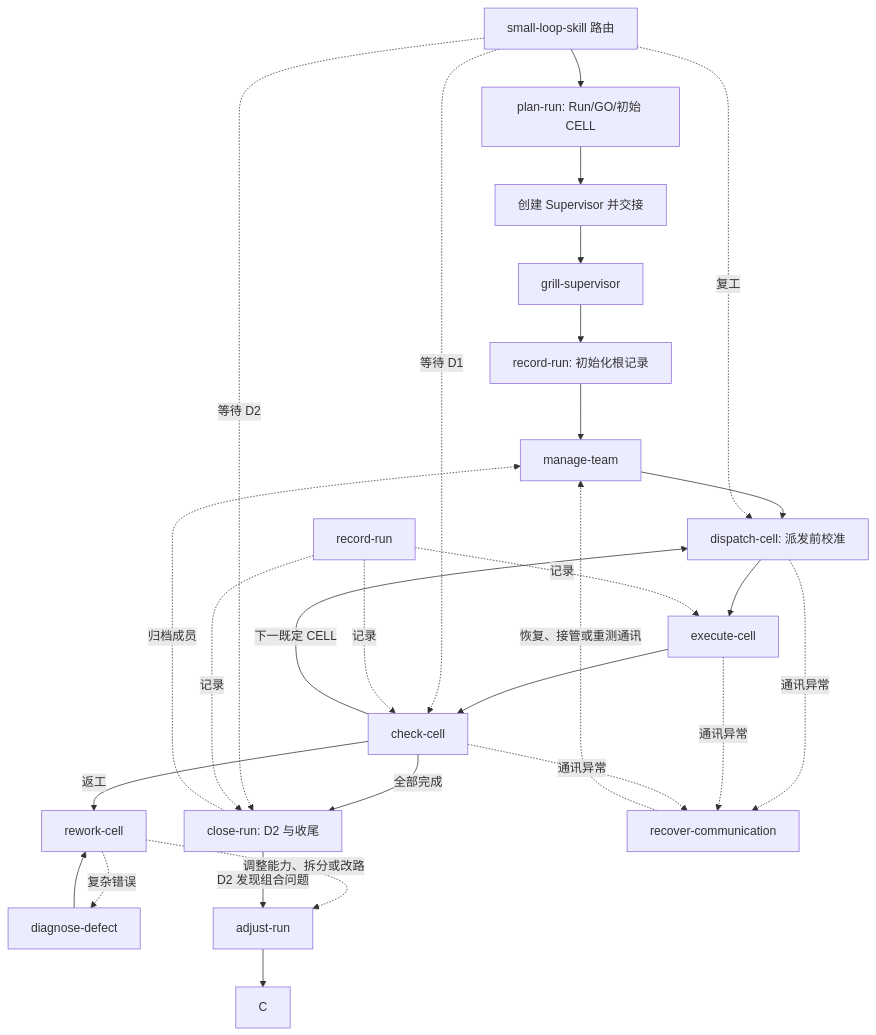
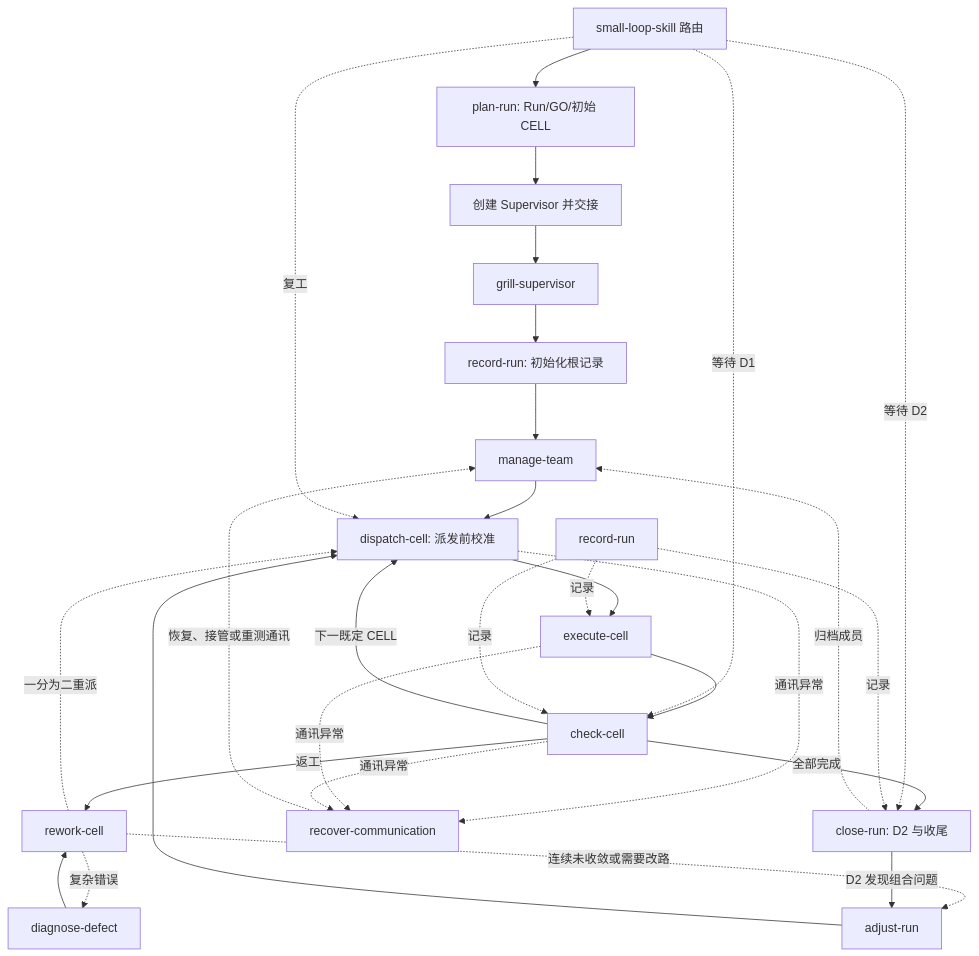
One commit to DWG7318/small-loop-skill changed the diagram in docs/superpowers/specs/2026-08-22-slk-lightweight-skill-collection-design.md. Above: the diagram before and after it, drawn with Mermaid. The commit also changed other lines of this file and 7 other files, not shown here.

````diff
--- a/docs/superpowers/specs/2026-08-22-slk-lightweight-skill-collection-design.md
+++ b/docs/superpowers/specs/2026-08-22-slk-lightweight-skill-collection-design.md
@@ -124,31 +124,32 @@
 ```mermaid
 flowchart TB
     M[small-loop-skill 路由]
     P[plan-run: Run/GO/初始 CELL] --> S[创建 Supervisor 并交接] --> G[grill-supervisor]
     G --> I[record-run: 初始化根记录] --> B[manage-team]
     B --> D[dispatch-cell: 派发前校准] --> E[execute-cell] --> K[check-cell]
     K -->|下一既定 CELL| D
     K -->|全部完成| X[close-run: D2 与收尾]
 
     M --> P
     M -.复工.-> D
     M -.等待 D1.-> K
     M -.等待 D2.-> X
 
     RR[record-run] -.记录.-> E
     RR -.记录.-> K
     RR -.记录.-> X
 
     K -->|返工| RW[rework-cell]
     RW -.复杂错误.-> DF[diagnose-defect]
-    RW -.调整能力、拆分或改路.-> RP[adjust-run]
+    RW -.一分为二重派.-> D
+    RW -.连续未收敛或需要改路.-> RP[adjust-run]
     DF --> RW
-    RP --> C
+    RP --> D
 
     D -.通讯异常.-> RC[recover-communication]
     E -.通讯异常.-> RC
     K -.通讯异常.-> RC
     RC -.恢复、接管或重测通讯.-> B
     X -->|D2 发现组合问题| RP
     X -.归档成员.-> B
 ```
````
